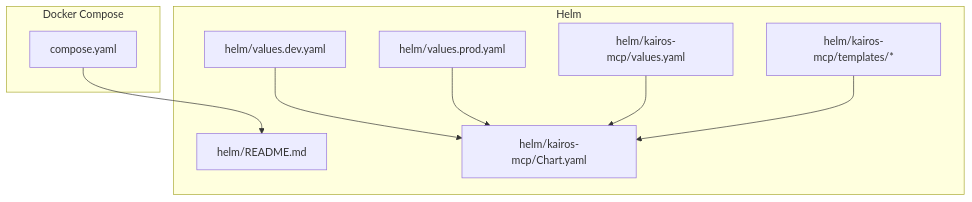
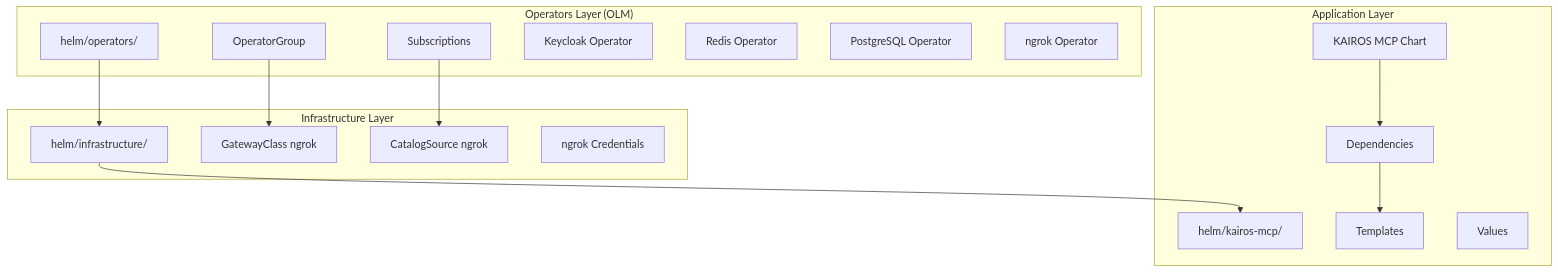
Before and after one commit to debian777/kairos-mcp: the first of 9 diagrams in .qoder/repowiki/en/content/Architecture & Design/Deployment & Infrastructure.md, drawn with Mermaid. The commit also changed other lines of this file and 17 other files, not shown here.

````diff
--- a/.qoder/repowiki/en/content/Architecture & Design/Deployment & Infrastructure.md
+++ b/.qoder/repowiki/en/content/Architecture & Design/Deployment & Infrastructure.md
@@ -49,19 +68,31 @@
 ```mermaid
 graph TB
-subgraph "Docker Compose"
-C1["compose.yaml"]
+subgraph "Operators Layer (OLM)"
+O1["helm/operators/"]
+O2["OperatorGroup"]
+O3["Subscriptions"]
+O4["Keycloak Operator"]
+O5["Redis Operator"]
+O6["PostgreSQL Operator"]
+O7["ngrok Operator"]
 end
-subgraph "Helm"
-H1["helm/README.md"]
-H2["helm/values.dev.yaml"]
-H3["helm/values.prod.yaml"]
-H4["helm/kairos-mcp/Chart.yaml"]
-H5["helm/kairos-mcp/values.yaml"]
-H6["helm/kairos-mcp/templates/*"]
+subgraph "Infrastructure Layer"
+I1["helm/infrastructure/"]
+I2["GatewayClass ngrok"]
+I3["CatalogSource ngrok"]
+I4["ngrok Credentials"]
 end
-C1 --> H1
-H2 --> H4
-H3 --> H4
-H5 --> H4
-H6 --> H4
+subgraph "Application Layer"
+A1["helm/kairos-mcp/"]
+A2["KAIROS MCP Chart"]
+A3["Dependencies"]
+A4["Templates"]
+A5["Values"]
+end
+O1 --> I1
+I1 --> A1
+O2 --> I2
+O3 --> I3
+A2 --> A3
+A3 --> A4
 ```
````
